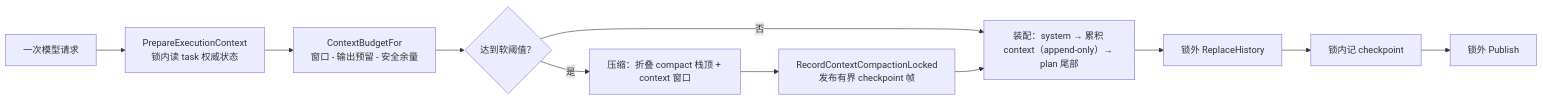
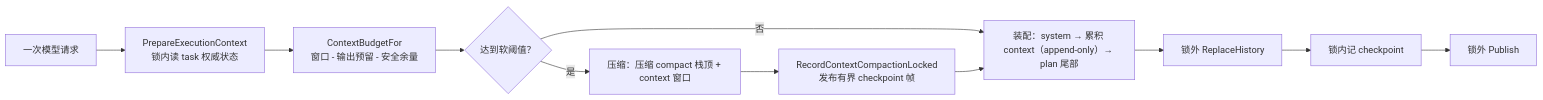
Before and after one commit to RedHuang-0622/seelex: the first of 2 diagrams in application/core/context_runtime/README.md, drawn with Mermaid. The commit also changed other lines of this file and 140 other files, not shown here.

````diff
--- a/application/core/context_runtime/README.md
+++ b/application/core/context_runtime/README.md
@@ -71,13 +71,13 @@
 ```mermaid
 flowchart LR
     REQ["一次模型请求"] --> PREP["PrepareExecutionContext<br/>锁内读 task 权威状态"]
     PREP --> BUDGET["ContextBudgetFor<br/>窗口 - 输出预留 - 安全余量"]
     BUDGET --> SOFT{"达到软阈值？"}
     SOFT -->|否| ASC["装配：system → 累积 context（append-only）→ plan 尾部"]
-    SOFT -->|是| COMPACT["压缩：折叠 compact 栈顶 + context 窗口"]
+    SOFT -->|是| COMPACT["压缩：压缩 compact 栈顶 + context 窗口"]
     COMPACT --> FRAME["RecordContextCompactionLocked<br/>发布有界 checkpoint 帧"]
     FRAME --> ASC
     ASC --> REPLACE["锁外 ReplaceHistory"]
     REPLACE --> CHECK["锁内记 checkpoint"]
     CHECK --> PUB["锁外 Publish"]
 ```
````
